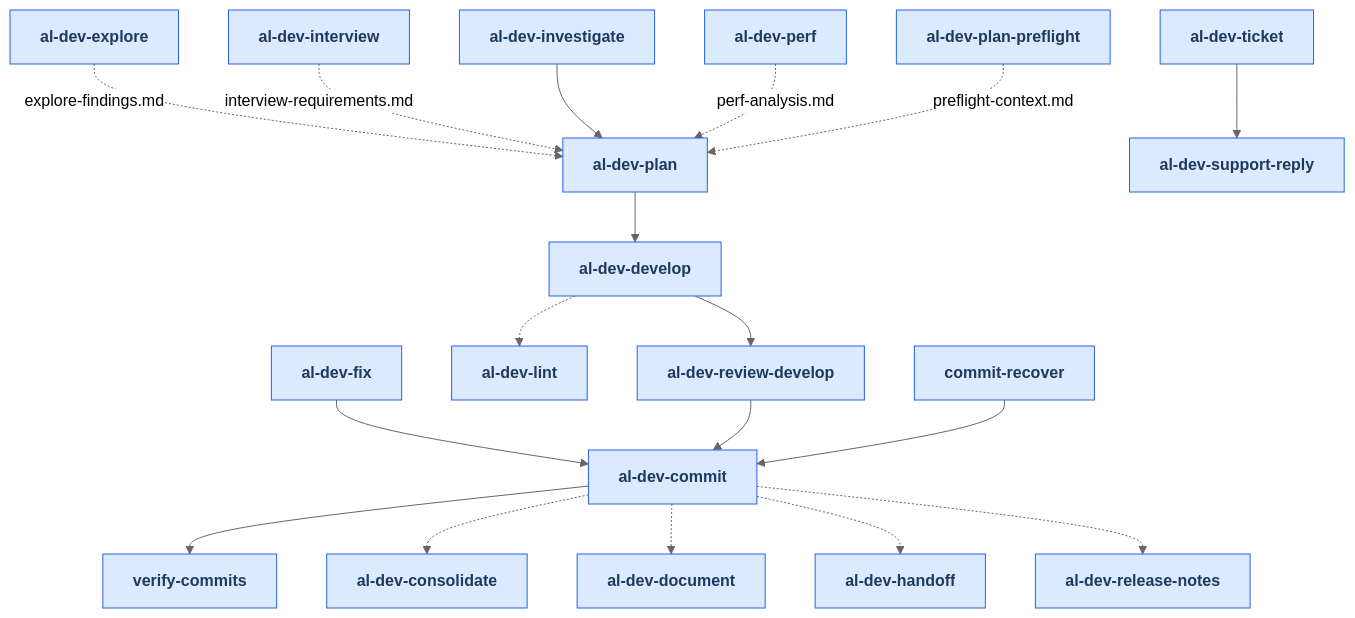
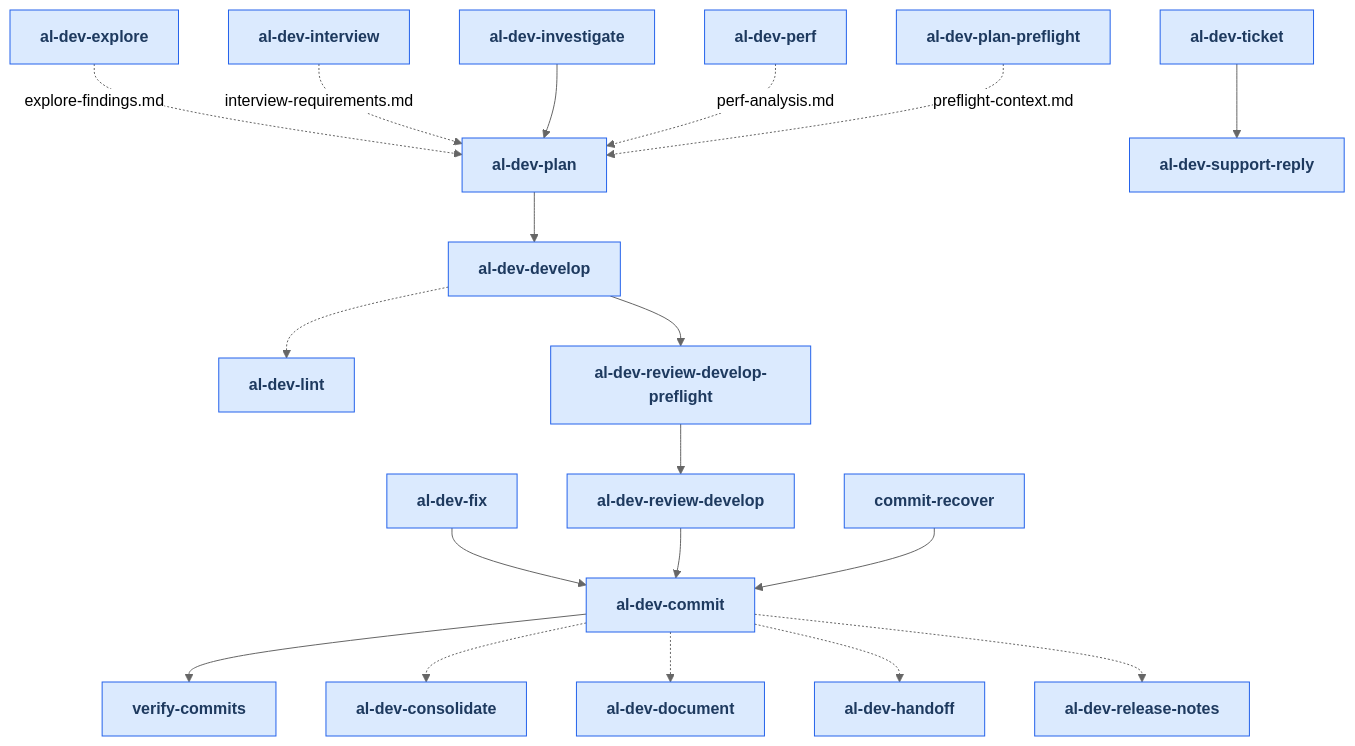
The first of 27 diagrams in docs/al-dev-skills-map.md (russell-laing/al-dev-shared), drawn with Mermaid (neutral theme) before and after one commit. The commit also changed other lines of this file and 4 other files, not shown here.

First line of the commit message:
feat(skill): atomise al-dev-review-develop into preflight (phases 1-3) and main (phases 4-6)

````diff
--- a/docs/al-dev-skills-map.md
+++ b/docs/al-dev-skills-map.md
@@ -17,61 +17,64 @@
 ```mermaid
 flowchart TD
     classDef skillNode fill:#dbeafe,stroke:#2563eb,color:#1e3a5f,font-weight:bold
     skill_al_dev_commit[al-dev-commit]
     skill_al_dev_consolidate[al-dev-consolidate]
     skill_al_dev_develop[al-dev-develop]
     skill_al_dev_document[al-dev-document]
     skill_al_dev_explore[al-dev-explore]
     skill_al_dev_fix[al-dev-fix]
     skill_al_dev_handoff[al-dev-handoff]
     skill_al_dev_interview[al-dev-interview]
     skill_al_dev_investigate[al-dev-investigate]
     skill_al_dev_lint[al-dev-lint]
     skill_al_dev_perf[al-dev-perf]
     skill_al_dev_plan[al-dev-plan]
     skill_al_dev_plan_preflight[al-dev-plan-preflight]
     skill_al_dev_release_notes[al-dev-release-notes]
     skill_al_dev_review_develop[al-dev-review-develop]
+    skill_al_dev_review_develop_preflight[al-dev-review-develop-preflight]
     skill_al_dev_support_reply[al-dev-support-reply]
     skill_al_dev_ticket[al-dev-ticket]
     skill_commit_recover[commit-recover]
     skill_verify_commits[verify-commits]
 
     skill_al_dev_commit --> skill_verify_commits
     skill_al_dev_commit -.-> skill_al_dev_consolidate
     skill_al_dev_commit -.-> skill_al_dev_document
     skill_al_dev_commit -.-> skill_al_dev_handoff
     skill_al_dev_commit -.-> skill_al_dev_release_notes
-    skill_al_dev_develop --> skill_al_dev_review_develop
+    skill_al_dev_develop --> skill_al_dev_review_develop_preflight
     skill_al_dev_develop -.-> skill_al_dev_lint
+    skill_al_dev_review_develop_preflight --> skill_al_dev_review_develop
     skill_al_dev_explore -.->|explore-findings.md| skill_al_dev_plan
     skill_al_dev_fix --> skill_al_dev_commit
     skill_al_dev_interview -.->|interview-requirements.md| skill_al_dev_plan
     skill_al_dev_investigate --> skill_al_dev_plan
     skill_al_dev_perf -.->|perf-analysis.md| skill_al_dev_plan
     skill_al_dev_plan --> skill_al_dev_develop
     skill_al_dev_plan_preflight -.->|preflight-context.md| skill_al_dev_plan
     skill_al_dev_review_develop --> skill_al_dev_commit
     skill_al_dev_ticket --> skill_al_dev_support_reply
     skill_commit_recover --> skill_al_dev_commit
 
     class skill_al_dev_commit skillNode
     class skill_al_dev_consolidate skillNode
     class skill_al_dev_develop skillNode
     class skill_al_dev_document skillNode
     class skill_al_dev_explore skillNode
     class skill_al_dev_fix skillNode
     class skill_al_dev_handoff skillNode
     class skill_al_dev_interview skillNode
     class skill_al_dev_investigate skillNode
     class skill_al_dev_lint skillNode
     class skill_al_dev_perf skillNode
     class skill_al_dev_plan skillNode
     class skill_al_dev_plan_preflight skillNode
     class skill_al_dev_release_notes skillNode
     class skill_al_dev_review_develop skillNode
+    class skill_al_dev_review_develop_preflight skillNode
     class skill_al_dev_support_reply skillNode
     class skill_al_dev_ticket skillNode
     class skill_commit_recover skillNode
     class skill_verify_commits skillNode
 ```
````
